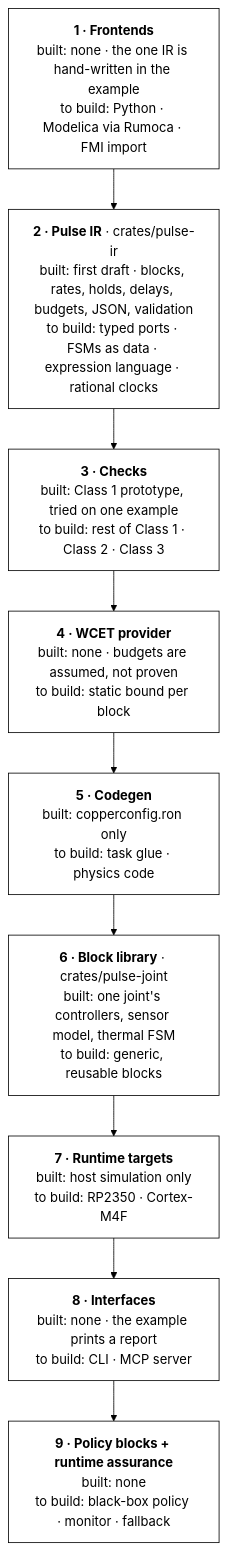
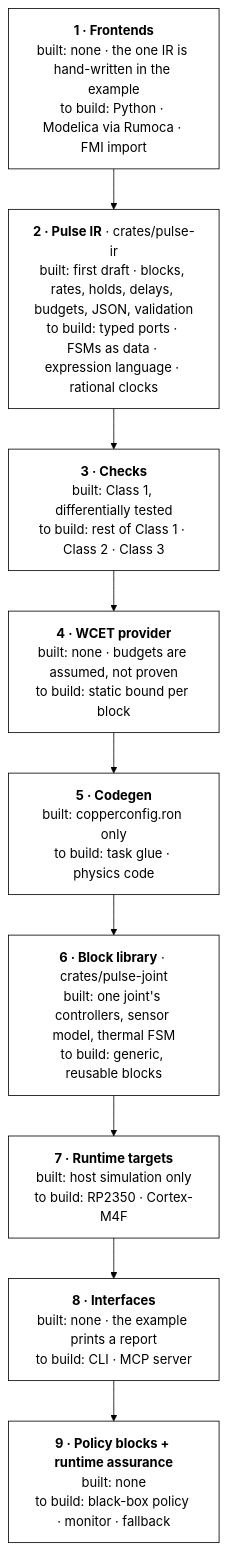
The diagram in README.md (Aragosta/Pulse), drawn with Mermaid before and after one commit. The commit also changed other lines of this file and 6 other files, not shown here.

````diff
--- a/README.md
+++ b/README.md
@@ -8,17 +8,17 @@
 ```mermaid
 flowchart TB
     L1["<b>1 · Frontends</b><br/>built: none · the one IR is hand-written in the example<br/>to build: Python · Modelica via Rumoca · FMI import"]
     L2["<b>2 · Pulse IR</b> · crates/pulse-ir<br/>built: first draft · blocks, rates, holds, delays, budgets, JSON, validation<br/>to build: typed ports · FSMs as data · expression language · rational clocks"]
-    L3["<b>3 · Checks</b><br/>built: Class 1 prototype, tried on one example<br/>to build: rest of Class 1 · Class 2 · Class 3"]
+    L3["<b>3 · Checks</b><br/>built: Class 1, differentially tested<br/>to build: rest of Class 1 · Class 2 · Class 3"]
     L4["<b>4 · WCET provider</b><br/>built: none · budgets are assumed, not proven<br/>to build: static bound per block"]
     L5["<b>5 · Codegen</b><br/>built: copperconfig.ron only<br/>to build: task glue · physics code"]
     L6["<b>6 · Block library</b> · crates/pulse-joint<br/>built: one joint's controllers, sensor model, thermal FSM<br/>to build: generic, reusable blocks"]
     L7["<b>7 · Runtime targets</b><br/>built: host simulation only<br/>to build: RP2350 · Cortex-M4F"]
     L8["<b>8 · Interfaces</b><br/>built: none · the example prints a report<br/>to build: CLI · MCP server"]
     L9["<b>9 · Policy blocks + runtime assurance</b><br/>built: none<br/>to build: black-box policy · monitor · fallback"]
 
     L1 --> L2 --> L3 --> L4 --> L5 --> L6 --> L7 --> L8 --> L9
 
     classDef default fill:#fff,stroke:#000,color:#000
     linkStyle default stroke:#000
 ```
````
